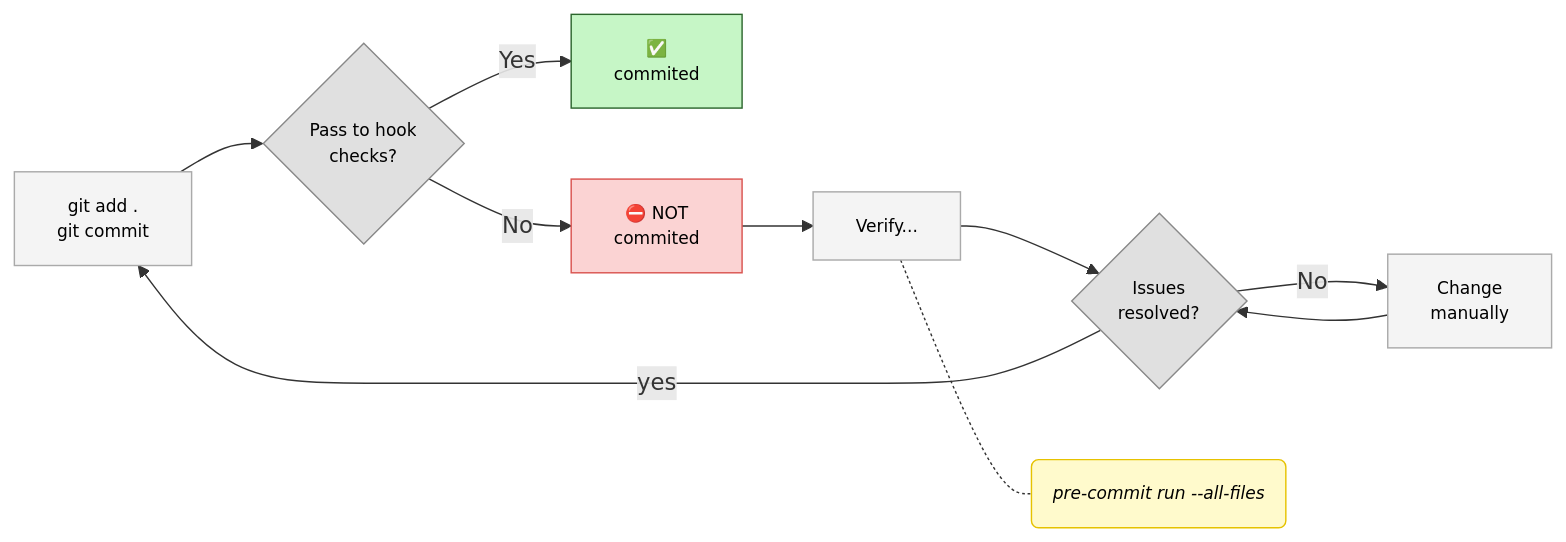
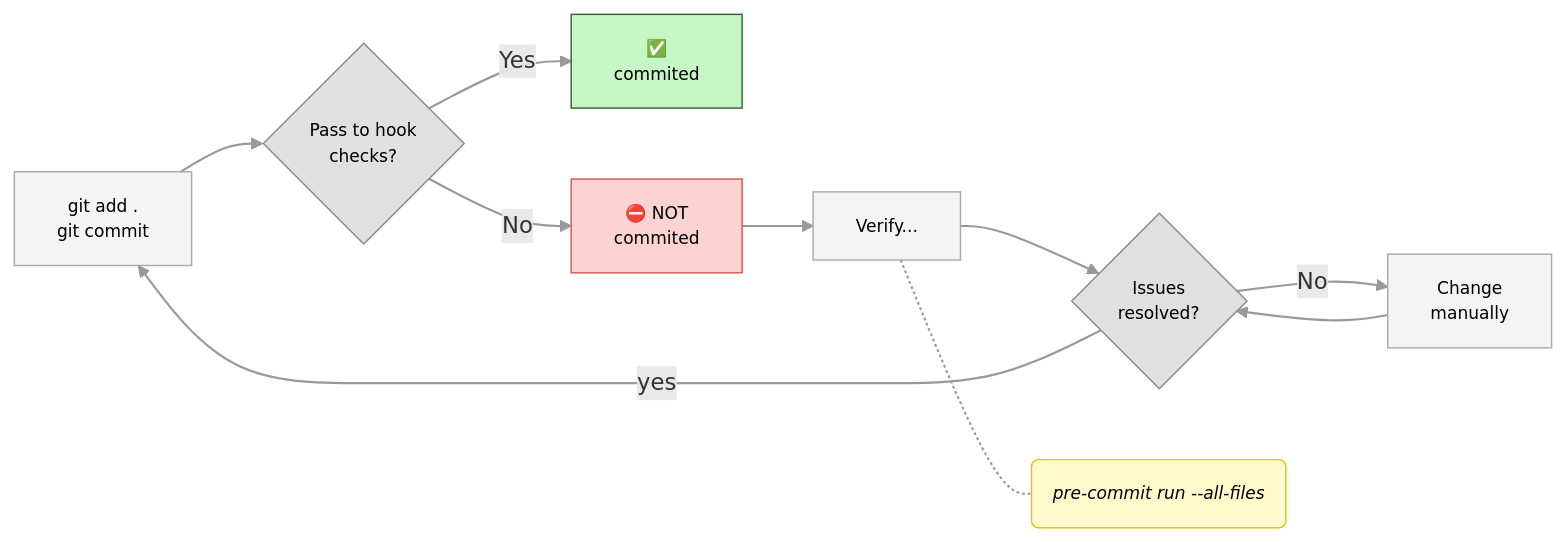
The diagram in README.md (fernando-peres/template-python-lint), drawn with Mermaid before and after one commit.

Commit message:
updated: readme

````diff
--- a/README.md
+++ b/README.md
@@ -68,29 +68,31 @@
 ```mermaid
 flowchart LR
     A[git add . <br>git commit]
     B{Pass to hook <br>checks?}
     C[✅ <br>commited]
     D[⛔️ NOT<br>commited]
     E[Verify...]
     F{Issues<br>resolved?}
     G[Change<br>manually]
     H(pre-commit run --all-files)
 
     A-->B-- Yes --> C
     B -- No --> D --> E --> F -- yes--> A
     F -- No --> G --> F
     E -.- H
 
      classDef decision fill:#e0e0e0,stroke:#888,font-size:12px,color:#000000;
     classDef success fill:#c6f6c6,stroke:#2c662d,font-size:12px,color:#000000;
     classDef failure fill:#fbd3d3,stroke:#d9534f,font-size:12px,color:#000000;
     classDef standard fill:#f4f4f4,stroke:#aaa,font-size:12px,color:#000000;
     classDef note fill:#fffacc,stroke:#e6c200,font-size:12px,font-style:italic,color:#000000;
 
     class A,E,G,H standard
     class B,F decision
     class C success
     class D failure
     class H note
 
+    %% Arrow (link) styles
+    linkStyle default stroke:#999,stroke-width:1.5px;
 ```
````
